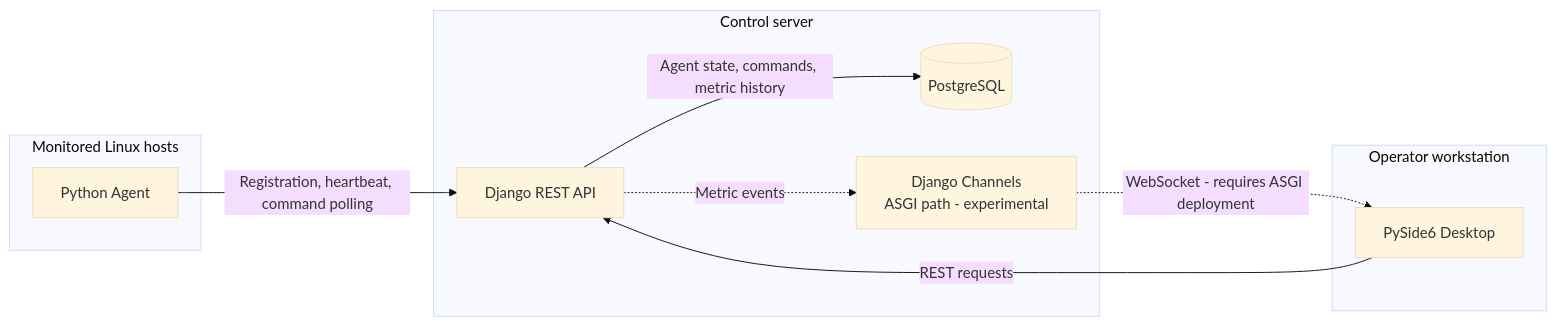
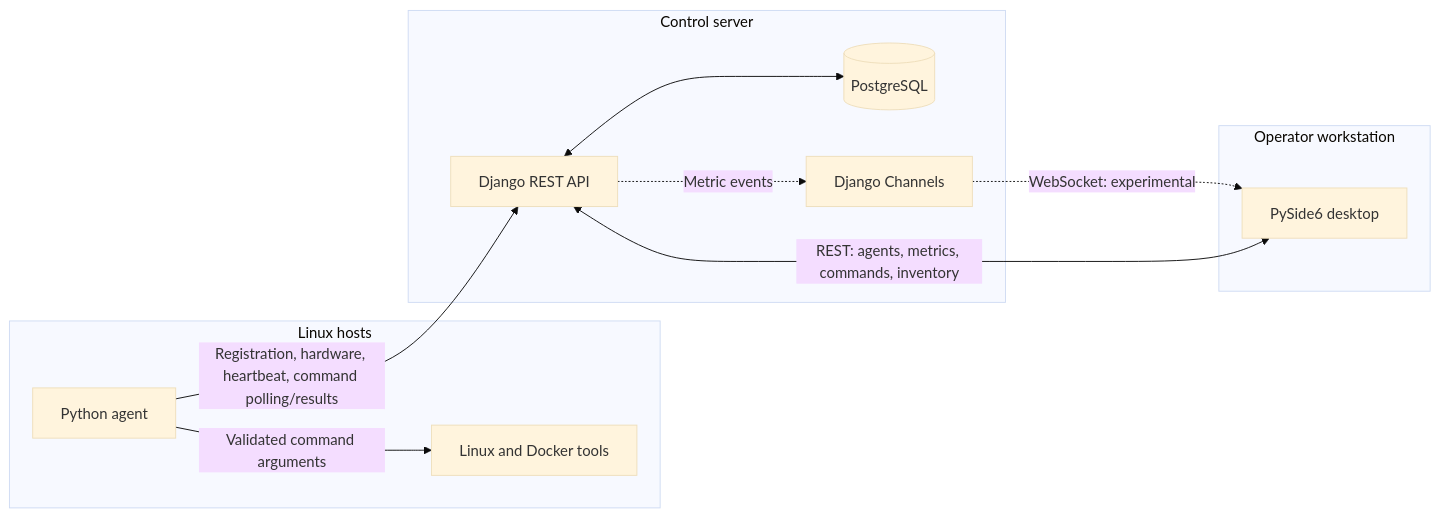
The diagram in README.md (kapusta123b/NexoraControl), drawn with Mermaid (base theme) before and after one commit. The commit also changed other lines of this file and 29 other files, not shown here.

````diff
--- a/README.md
+++ b/README.md
@@ -59,22 +67,24 @@
 ```mermaid
 flowchart LR
-    subgraph Hosts[Monitored Linux hosts]
-        A[Python Agent]
+    subgraph Hosts[Linux hosts]
+        Agent[Python agent]
+        CLI[Linux and Docker tools]
     end
 
     subgraph Server[Control server]
         API[Django REST API]
         DB[(PostgreSQL)]
-        CH[Django Channels\nASGI path - experimental]
+        Channels[Django Channels]
     end
 
-    subgraph Client[Operator workstation]
-        GUI[PySide6 Desktop]
+    subgraph Workstation[Operator workstation]
+        GUI[PySide6 desktop]
     end
 
-    A -->|Registration, heartbeat, command polling| API
-    API -->|Agent state, commands, metric history| DB
-    GUI -->|REST requests| API
-    API -.->|Metric events| CH
-    CH -.->|WebSocket - requires ASGI deployment| GUI
+    Agent -->|Registration, hardware, heartbeat, command polling/results| API
+    API <--> DB
+    Agent -->|Validated command arguments| CLI
+    GUI <-->|REST: agents, metrics, commands, inventory| API
+    API -.->|Metric events| Channels
+    Channels -.->|WebSocket: experimental| GUI
 ```
````
